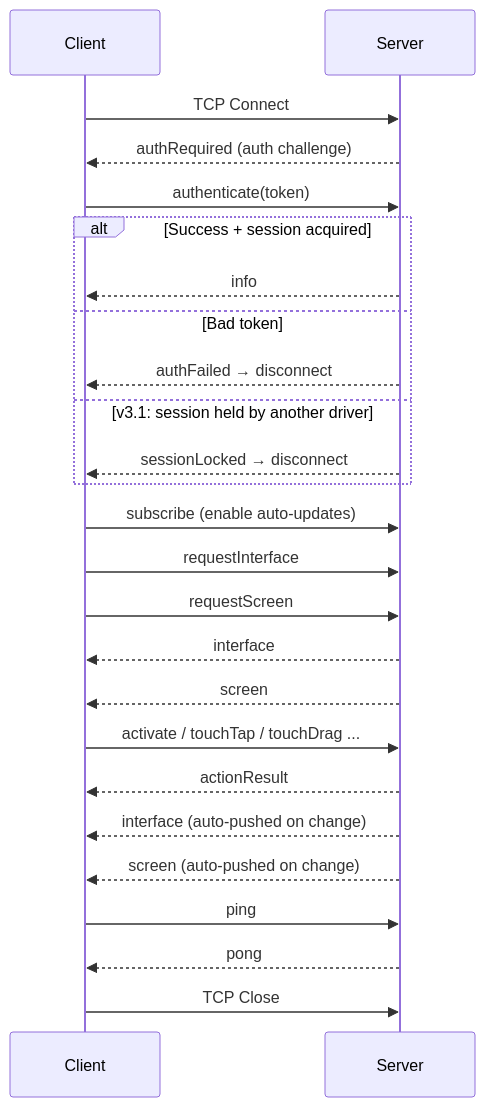
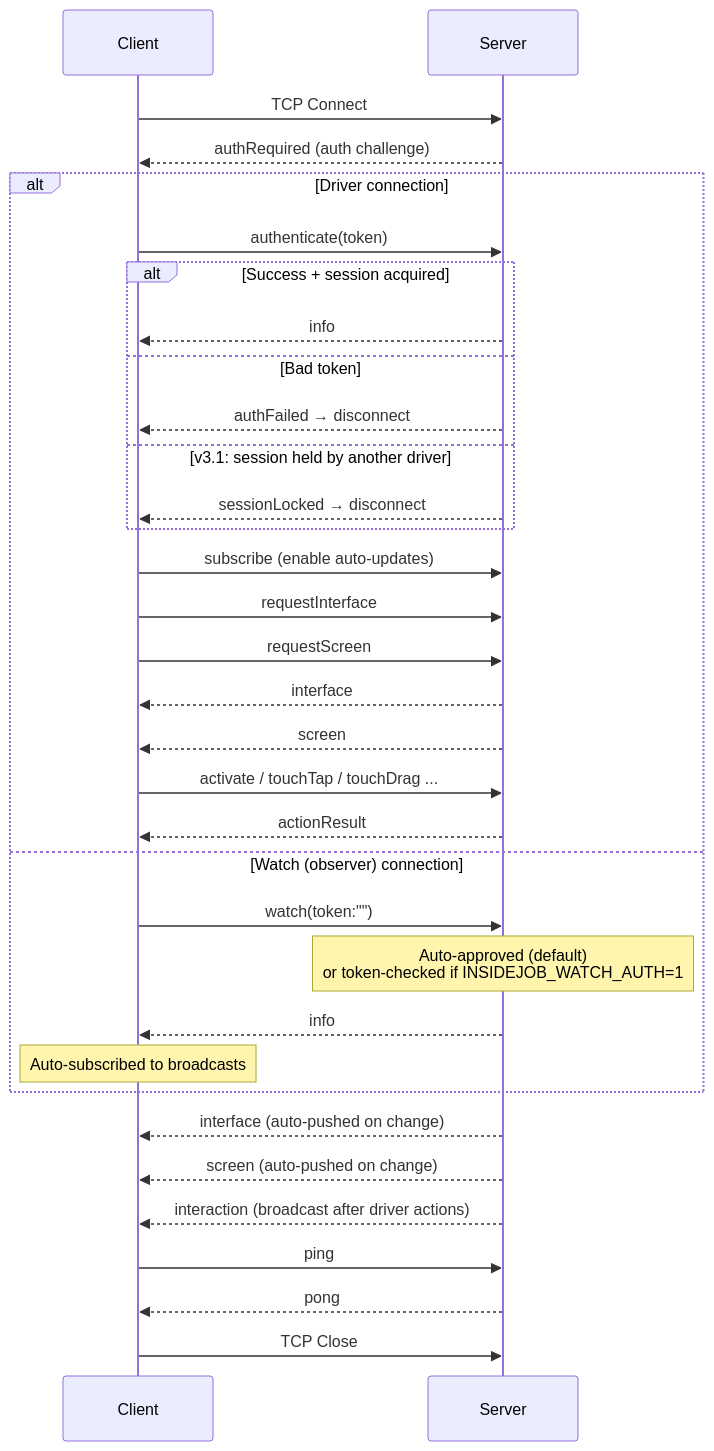
One commit to RoyalPineapple/TheButtonHeist changed the first of 3 diagrams in docs/WIRE-PROTOCOL.md. Above: the diagram before and after it, drawn with Mermaid. The commit also changed other lines of this file and 26 other files, not shown here.

First line of the commit message:
Fix security and design issues in watch/observer mode and envelope correlation

````diff
--- a/docs/WIRE-PROTOCOL.md
+++ b/docs/WIRE-PROTOCOL.md
@@ -39,34 +39,43 @@
 ```mermaid
 sequenceDiagram
     participant Client
     participant Server
 
     Client->>Server: TCP Connect
     Server-->>Client: authRequired (auth challenge)
-    Client->>Server: authenticate(token)
 
-    alt Success + session acquired
+    alt Driver connection
+        Client->>Server: authenticate(token)
+
+        alt Success + session acquired
+            Server-->>Client: info
+        else Bad token
+            Server-->>Client: authFailed → disconnect
+        else v3.1: session held by another driver
+            Server-->>Client: sessionLocked → disconnect
+        end
+
+        Client->>Server: subscribe (enable auto-updates)
+        Client->>Server: requestInterface
+        Client->>Server: requestScreen
+        Server-->>Client: interface
+        Server-->>Client: screen
+
+        Client->>Server: activate / touchTap / touchDrag ...
+        Server-->>Client: actionResult
+    else Watch (observer) connection
+        Client->>Server: watch(token:"")
+        Note over Server: Auto-approved (default)<br>or token-checked if INSIDEJOB_WATCH_AUTH=1
         Server-->>Client: info
-    else Bad token
-        Server-->>Client: authFailed → disconnect
-    else v3.1: session held by another driver
-        Server-->>Client: sessionLocked → disconnect
+        Note over Client: Auto-subscribed to broadcasts
     end
-
-    Client->>Server: subscribe (enable auto-updates)
-    Client->>Server: requestInterface
-    Client->>Server: requestScreen
-    Server-->>Client: interface
-    Server-->>Client: screen
-
-    Client->>Server: activate / touchTap / touchDrag ...
-    Server-->>Client: actionResult
 
     Server-->>Client: interface (auto-pushed on change)
     Server-->>Client: screen (auto-pushed on change)
+    Server-->>Client: interaction (broadcast after driver actions)
 
     Client->>Server: ping
     Server-->>Client: pong
 
     Client->>Server: TCP Close
 ```
````
